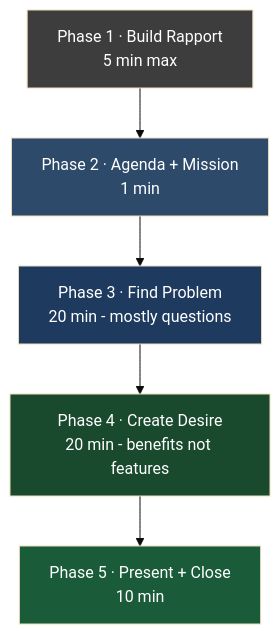
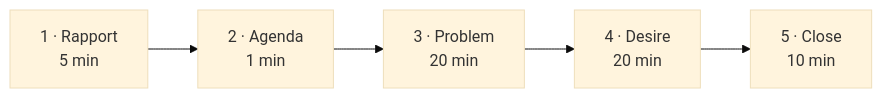
Before and after one commit to leotansingapore/aia-product-compass-hub: the diagram in docs/first-60-days/week-4/day-21.md, drawn with Mermaid (base theme). The commit also changed 2 other files, not shown here.

Commit message:
Week 3 and Week 4 charts now flow horizontally with shorter labels (Job A/B steps, Human-Capital cycle, 5-phase meeting structure)

````diff
--- a/docs/first-60-days/week-4/day-21.md
+++ b/docs/first-60-days/week-4/day-21.md
@@ -154,12 +154,4 @@
 ```mermaid
-flowchart TD
-    P1["Phase 1 · Build Rapport<br/>5 min max"] --> P2["Phase 2 · Agenda + Mission<br/>1 min"]
-    P2 --> P3["Phase 3 · Find Problem<br/>20 min - mostly questions"]
-    P3 --> P4["Phase 4 · Create Desire<br/>20 min - benefits not features"]
-    P4 --> P5["Phase 5 · Present + Close<br/>10 min"]
-    style P1 fill:#3d3d3d,color:#fff
-    style P2 fill:#2d4a6b,color:#fff
-    style P3 fill:#1e3a5f,color:#fff
-    style P4 fill:#1a4a2e,color:#fff
-    style P5 fill:#1a5c3a,color:#fff
+flowchart LR
+    P1["1 · Rapport<br/>5 min"] --> P2["2 · Agenda<br/>1 min"] --> P3["3 · Problem<br/>20 min"] --> P4["4 · Desire<br/>20 min"] --> P5["5 · Close<br/>10 min"]
 ```
````
